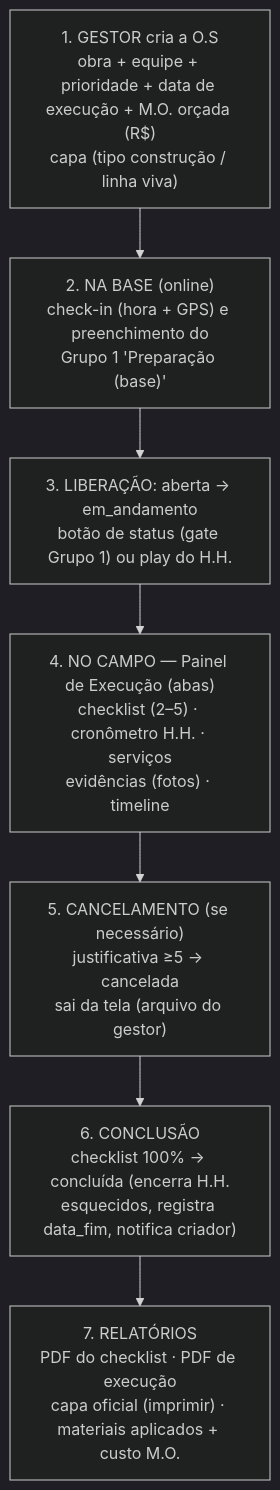
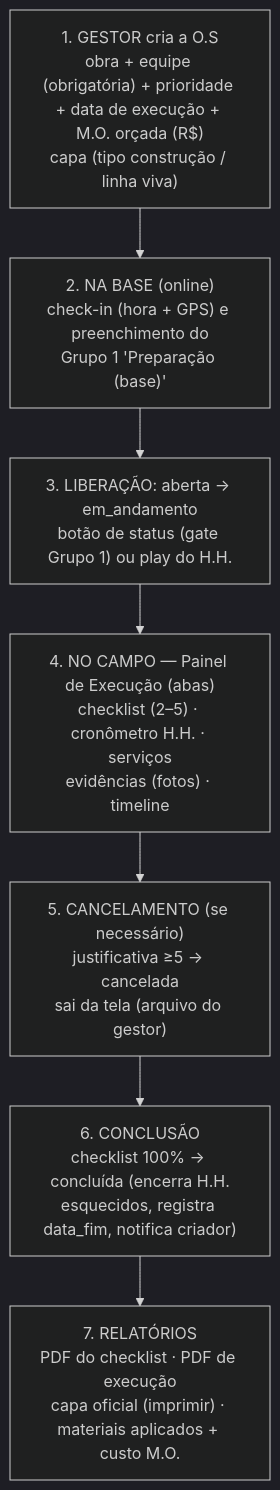
One commit to Edenir-Munaretto/App_Munaretto changed the third of 4 diagrams in docs/DIAGRAMA_OS.md. Above: the diagram before and after it, drawn with Mermaid (dark theme). The commit also changed other lines of this file and 5 other files, not shown here.

````diff
--- a/docs/DIAGRAMA_OS.md
+++ b/docs/DIAGRAMA_OS.md
@@ -115,10 +116,10 @@
 ```mermaid
 flowchart TD
-    A["1. GESTOR cria a O.S<br/>obra + equipe + prioridade + data de execução + M.O. orçada (R$)<br/>capa (tipo construção / linha viva)"] --> B
+    A["1. GESTOR cria a O.S<br/>obra + equipe (obrigatória) + prioridade + data de execução + M.O. orçada (R$)<br/>capa (tipo construção / linha viva)"] --> B
     B["2. NA BASE (online)<br/>check-in (hora + GPS) e preenchimento do<br/>Grupo 1 'Preparação (base)'"] --> C
     C["3. LIBERAÇÃO: aberta → em_andamento<br/>botão de status (gate Grupo 1) ou play do H.H."] --> D
     D["4. NO CAMPO — Painel de Execução (abas)<br/>checklist (2–5) · cronômetro H.H. · serviços<br/>evidências (fotos) · timeline"] --> E
     E["5. CANCELAMENTO (se necessário)<br/>justificativa ≥5 → cancelada<br/>sai da tela (arquivo do gestor)"] --> F
     F["6. CONCLUSÃO<br/>checklist 100% → concluída (encerra H.H.<br/>esquecidos, registra data_fim, notifica criador)"] --> G
     G["7. RELATÓRIOS<br/>PDF do checklist · PDF de execução<br/>capa oficial (imprimir) · materiais aplicados + custo M.O."]
 ```
````
